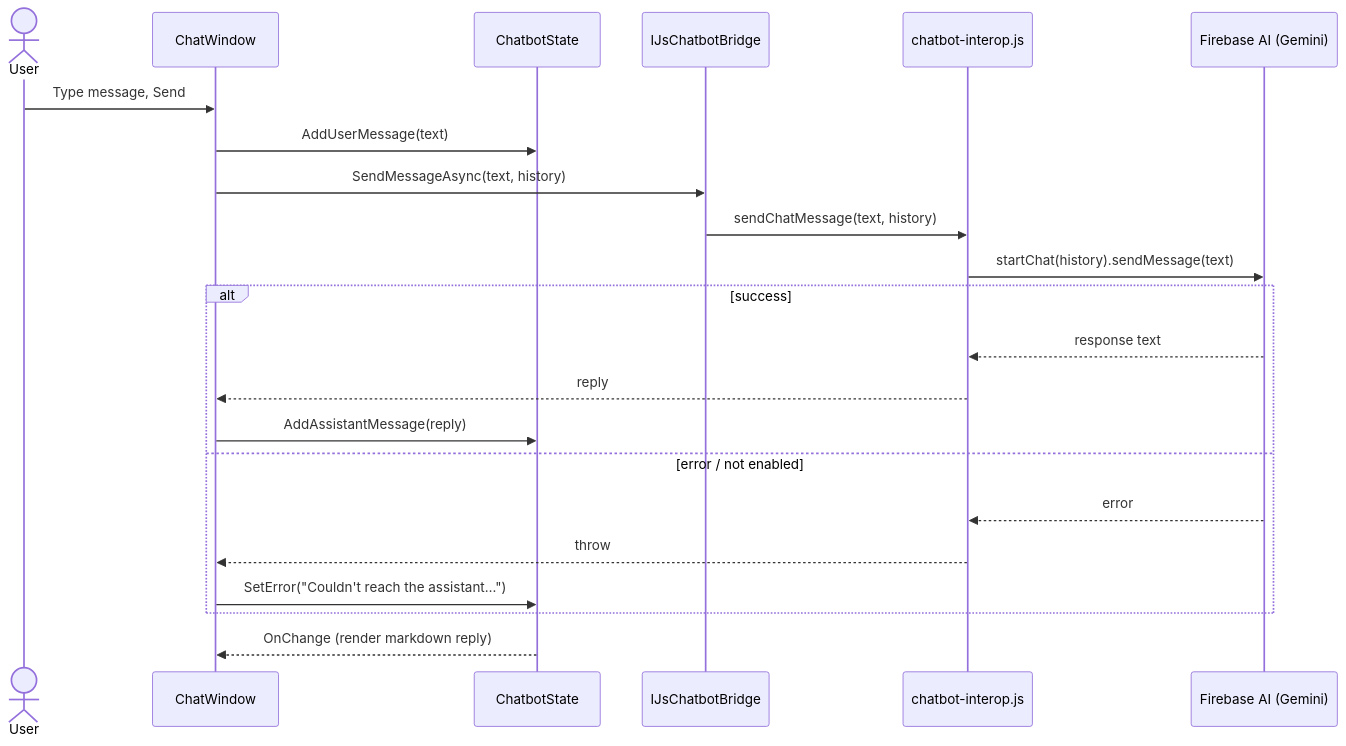
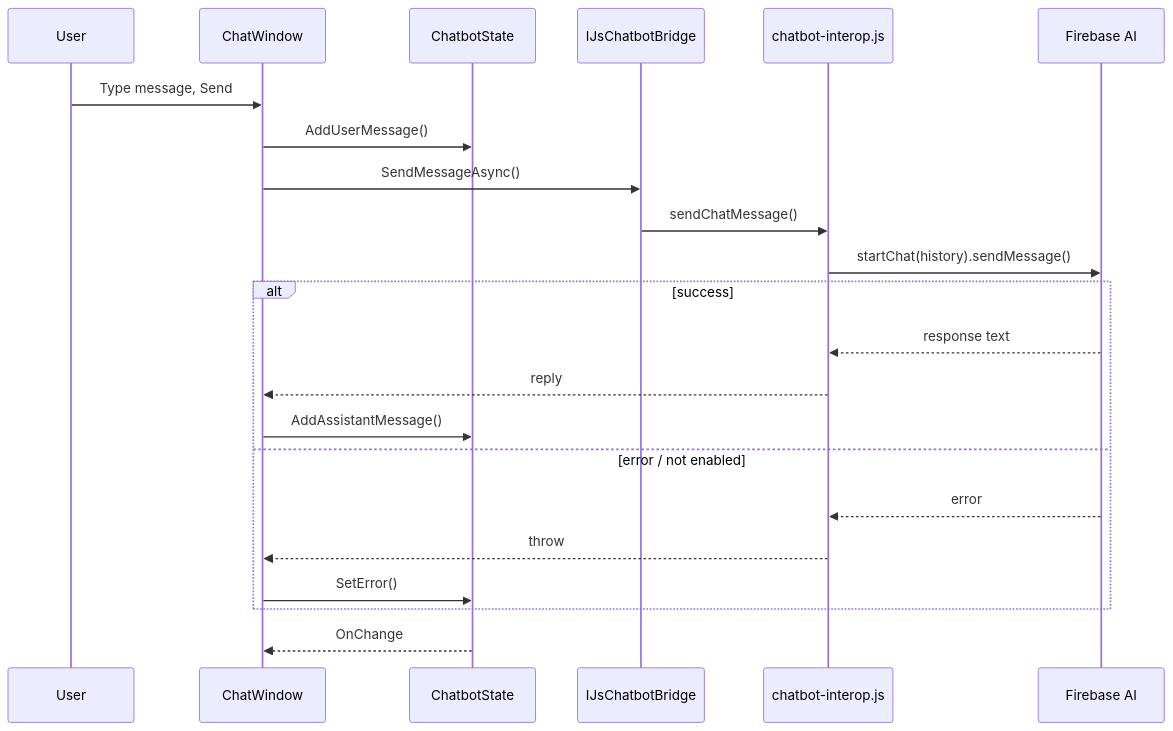
Before and after one commit to codeHannan/Hardware-Diagnostic-Platform-Blazor: the tenth of 19 diagrams in DESIGN.md, drawn with Mermaid. The commit also changed other lines of this file and 38 other files, not shown here.

````diff
--- a/DESIGN.md
+++ b/DESIGN.md
@@ -739,25 +844,25 @@
 ```mermaid
 sequenceDiagram
-    actor U as User
+    participant U as User
     participant CW as ChatWindow
     participant State as ChatbotState
     participant Bridge as IJsChatbotBridge
     participant JS as chatbot-interop.js
-    participant AI as Firebase AI (Gemini)
+    participant AI as Firebase AI
 
     U->>CW: Type message, Send
-    CW->>State: AddUserMessage(text)
-    CW->>Bridge: SendMessageAsync(text, history)
-    Bridge->>JS: sendChatMessage(text, history)
-    JS->>AI: startChat(history).sendMessage(text)
+    CW->>State: AddUserMessage()
+    CW->>Bridge: SendMessageAsync()
+    Bridge->>JS: sendChatMessage()
+    JS->>AI: startChat(history).sendMessage()
     alt success
         AI-->>JS: response text
         JS-->>CW: reply
-        CW->>State: AddAssistantMessage(reply)
+        CW->>State: AddAssistantMessage()
     else error / not enabled
         AI-->>JS: error
         JS-->>CW: throw
-        CW->>State: SetError("Couldn't reach the assistant…")
+        CW->>State: SetError()
     end
-    State-->>CW: OnChange (render markdown reply)
+    State-->>CW: OnChange
 ```
````
